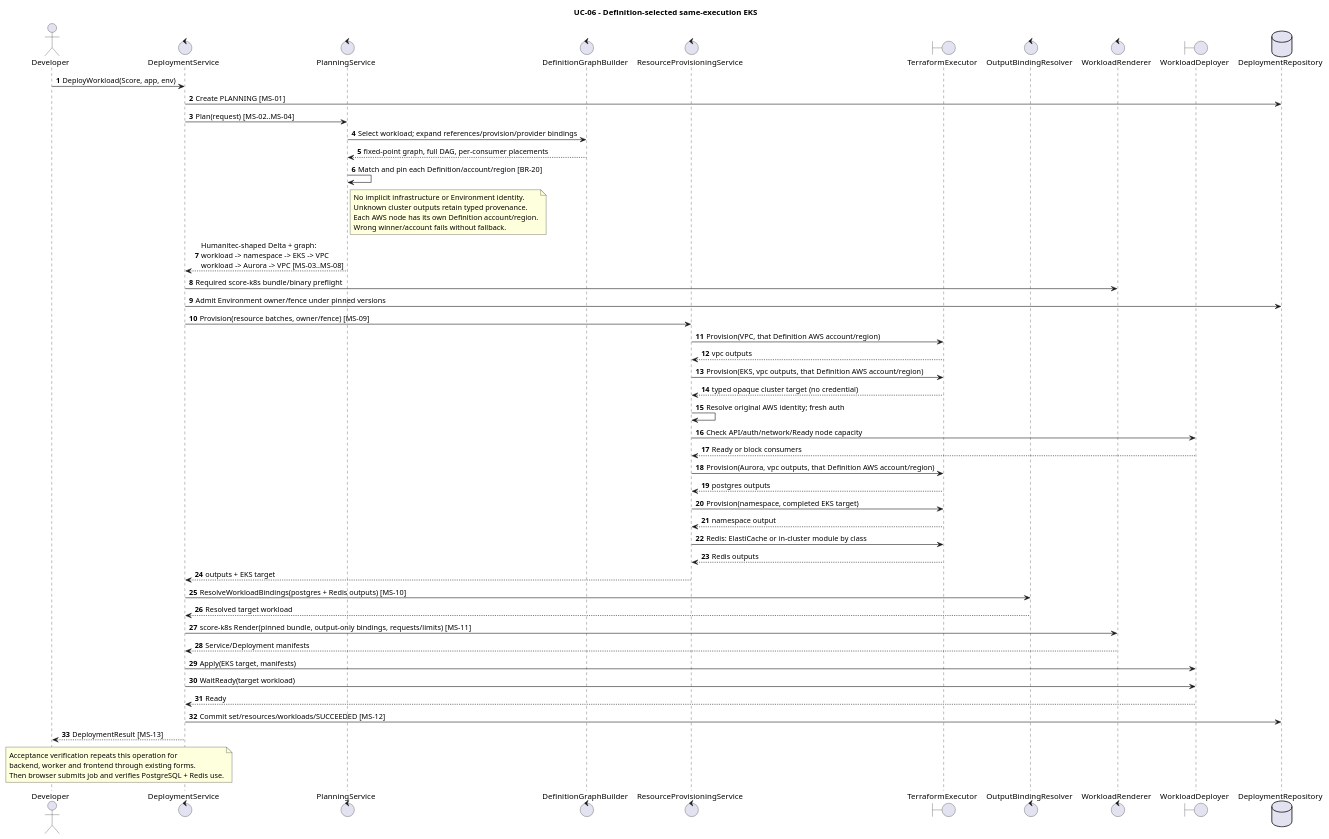
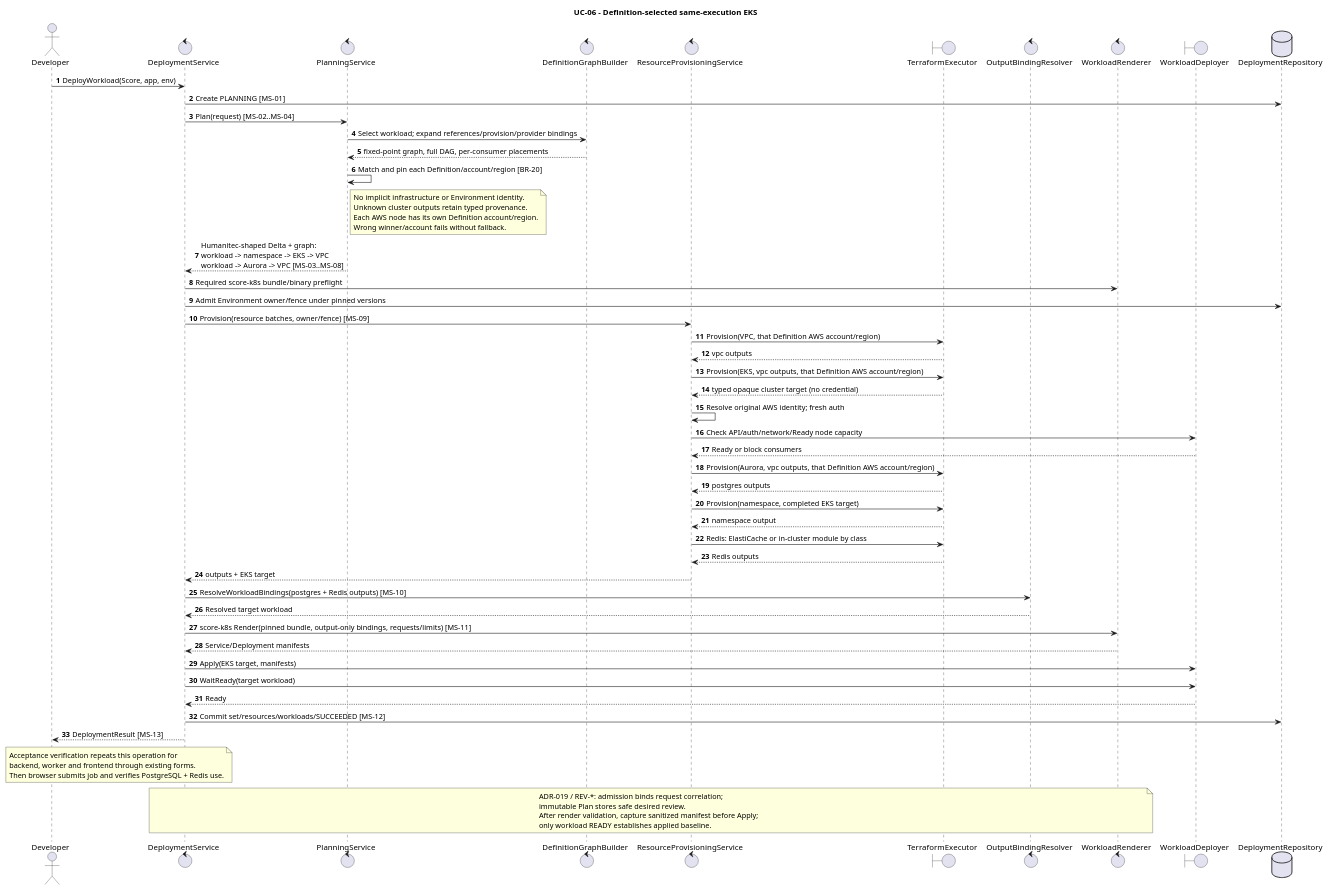
The diagram in orchestrator_docs/usecase/UC-06/sequence-cloud.puml (pr3s3nt/poc), drawn with PlantUML before and after one commit. The commit also changed 56 other files, not shown here.

```diff
--- a/orchestrator_docs/usecase/UC-06/sequence-cloud.puml
+++ b/orchestrator_docs/usecase/UC-06/sequence-cloud.puml
@@ -1,59 +1,65 @@
 @startuml
 title UC-06 - Definition-selected same-execution EKS
 autonumber
 actor Developer
 control DeploymentService as Service
 control PlanningService as Planner
 control DefinitionGraphBuilder as Graph
 control ResourceProvisioningService as Provisioner
 boundary TerraformExecutor as Terraform
 control OutputBindingResolver as Resolver
 control WorkloadRenderer as Renderer
 boundary WorkloadDeployer as K8s
 database DeploymentRepository as Repo
 
 Developer -> Service: DeployWorkload(Score, app, env)
 Service -> Repo: Create PLANNING [MS-01]
 Service -> Planner: Plan(request) [MS-02..MS-04]
 Planner -> Graph: Select workload; expand references/provision/provider bindings
 Graph --> Planner: fixed-point graph, full DAG, per-consumer placements
 Planner -> Planner: Match and pin each Definition/account/region [BR-20]
 note right of Planner
 No implicit infrastructure or Environment identity.
 Unknown cluster outputs retain typed provenance.
 Each AWS node has its own Definition account/region.
 Wrong winner/account fails without fallback.
 end note
 Planner --> Service: Humanitec-shaped Delta + graph:\nworkload -> namespace -> EKS -> VPC\nworkload -> Aurora -> VPC [MS-03..MS-08]
 Service -> Renderer: Required score-k8s bundle/binary preflight
 Service -> Repo: Admit Environment owner/fence under pinned versions
 Service -> Provisioner: Provision(resource batches, owner/fence) [MS-09]
 Provisioner -> Terraform: Provision(VPC, that Definition AWS account/region)
 Terraform --> Provisioner: vpc outputs
 Provisioner -> Terraform: Provision(EKS, vpc outputs, that Definition AWS account/region)
 Terraform --> Provisioner: typed opaque cluster target (no credential)
 Provisioner -> Provisioner: Resolve original AWS identity; fresh auth
 Provisioner -> K8s: Check API/auth/network/Ready node capacity
 K8s --> Provisioner: Ready or block consumers
 Provisioner -> Terraform: Provision(Aurora, vpc outputs, that Definition AWS account/region)
 Terraform --> Provisioner: postgres outputs
 Provisioner -> Terraform: Provision(namespace, completed EKS target)
 Terraform --> Provisioner: namespace output
 Provisioner -> Terraform: Redis: ElastiCache or in-cluster module by class
 Terraform --> Provisioner: Redis outputs
 Provisioner --> Service: outputs + EKS target
 Service -> Resolver: ResolveWorkloadBindings(postgres + Redis outputs) [MS-10]
 Resolver --> Service: Resolved target workload
 Service -> Renderer: score-k8s Render(pinned bundle, output-only bindings, requests/limits) [MS-11]
 Renderer --> Service: Service/Deployment manifests
 Service -> K8s: Apply(EKS target, manifests)
 Service -> K8s: WaitReady(target workload)
 K8s --> Service: Ready
 Service -> Repo: Commit set/resources/workloads/SUCCEEDED [MS-12]
 Service --> Developer: DeploymentResult [MS-13]
 note over Developer, Service
 Acceptance verification repeats this operation for
 backend, worker and frontend through existing forms.
 Then browser submits job and verifies PostgreSQL + Redis use.
 end note
+note over Service, Renderer
+ADR-019 / REV-*: admission binds request correlation;
+immutable Plan stores safe desired review.
+After render validation, capture sanitized manifest before Apply;
+only workload READY establishes applied baseline.
+end note
 @enduml
```
